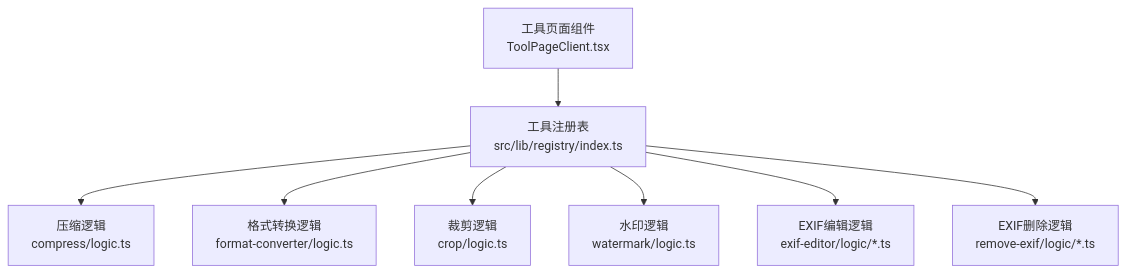
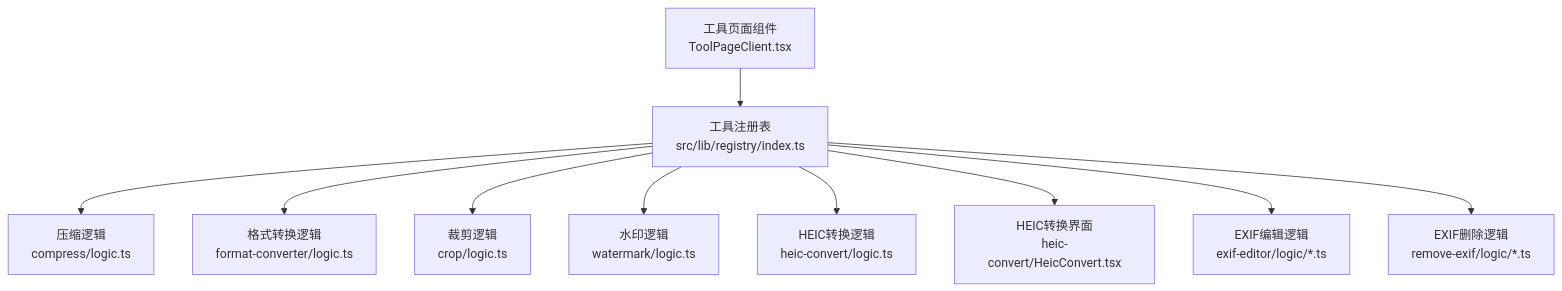
One commit to sgyy/privadeck changed the second of 8 diagrams in .qoder/repowiki/zh/content/图像工具/图像工具.md. Above: the diagram before and after it, drawn with Mermaid. The commit also changed other lines of this file and 5 other files, not shown here.

First line of the commit message:
feat(heic): 重构HEIC转换工具，支持EXIF解析和图像编辑

````diff
--- a/.qoder/repowiki/zh/content/图像工具/图像工具.md
+++ b/.qoder/repowiki/zh/content/图像工具/图像工具.md
@@ -170,18 +180,22 @@
 ```mermaid
 graph TB
 UI["工具页面组件<br/>ToolPageClient.tsx"]
 REG["工具注册表<br/>src/lib/registry/index.ts"]
 LOGIC_COMP["压缩逻辑<br/>compress/logic.ts"]
 LOGIC_FMT["格式转换逻辑<br/>format-converter/logic.ts"]
 LOGIC_CROP["裁剪逻辑<br/>crop/logic.ts"]
 LOGIC_WM["水印逻辑<br/>watermark/logic.ts"]
+LOGIC_HEIC_LOGIC["HEIC转换逻辑<br/>heic-convert/logic.ts"]
+LOGIC_HEIC_UI["HEIC转换界面<br/>heic-convert/HeicConvert.tsx"]
 LOGIC_EXIF_EDIT["EXIF编辑逻辑<br/>exif-editor/logic/*.ts"]
 LOGIC_EXIF_DEL["EXIF删除逻辑<br/>remove-exif/logic/*.ts"]
 UI --> REG
 REG --> LOGIC_COMP
 REG --> LOGIC_FMT
 REG --> LOGIC_CROP
 REG --> LOGIC_WM
+REG --> LOGIC_HEIC_LOGIC
+REG --> LOGIC_HEIC_UI
 REG --> LOGIC_EXIF_EDIT
 REG --> LOGIC_EXIF_DEL
 ```
````
